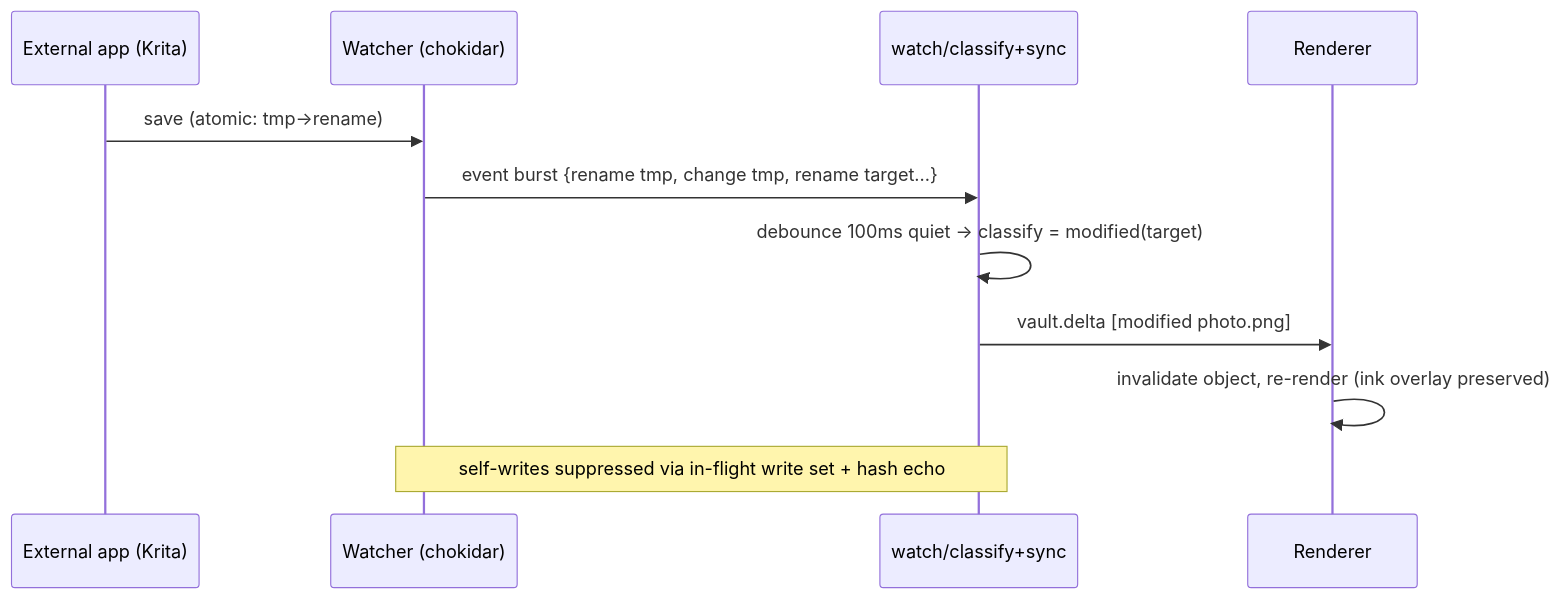
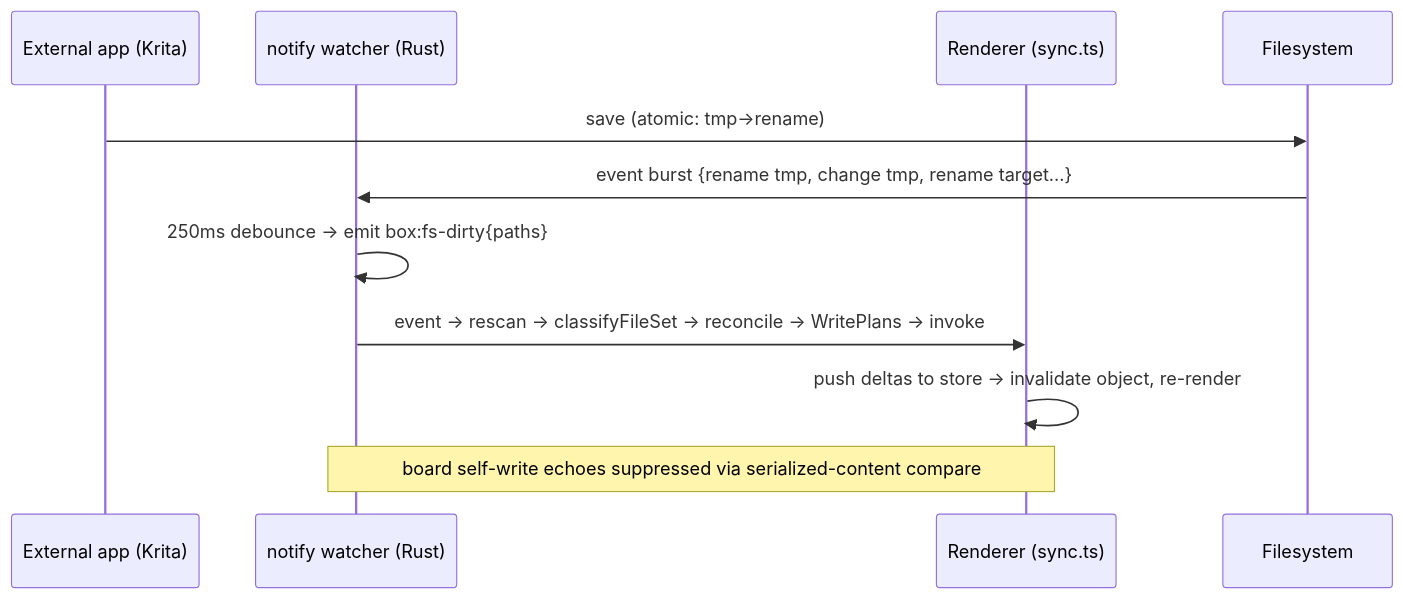
One commit to theCosmicCrafter/the-box changed the second of 2 diagrams in docs/ARCHITECTURE.md. Above: the diagram before and after it, drawn with Mermaid. The commit also changed other lines of this file and 43 other files, not shown here.

````diff
--- a/docs/ARCHITECTURE.md
+++ b/docs/ARCHITECTURE.md
@@ -152,13 +177,13 @@
 ```mermaid
 sequenceDiagram
   participant E as External app (Krita)
-  participant W as Watcher (chokidar)
-  participant C as watch/classify+sync
-  participant R as Renderer
-  E->>W: save (atomic: tmp→rename)
-  W->>C: event burst {rename tmp, change tmp, rename target...}
-  C->>C: debounce 100ms quiet → classify = modified(target)
-  C->>R: vault.delta [modified photo.png]
-  R->>R: invalidate object, re-render (ink overlay preserved)
-  Note over W,C: self-writes suppressed via in-flight write set + hash echo
+  participant W as notify watcher (Rust)
+  participant R as Renderer (sync.ts)
+  participant F as Filesystem
+  E->>F: save (atomic: tmp→rename)
+  F->>W: event burst {rename tmp, change tmp, rename target...}
+  W->>W: 250ms debounce → emit box:fs-dirty{paths}
+  W->>R: event → rescan → classifyFileSet → reconcile → WritePlans → invoke
+  R->>R: push deltas to store → invalidate object, re-render
+  Note over W,R: board self-write echoes suppressed via serialized-content compare
 ```
````
